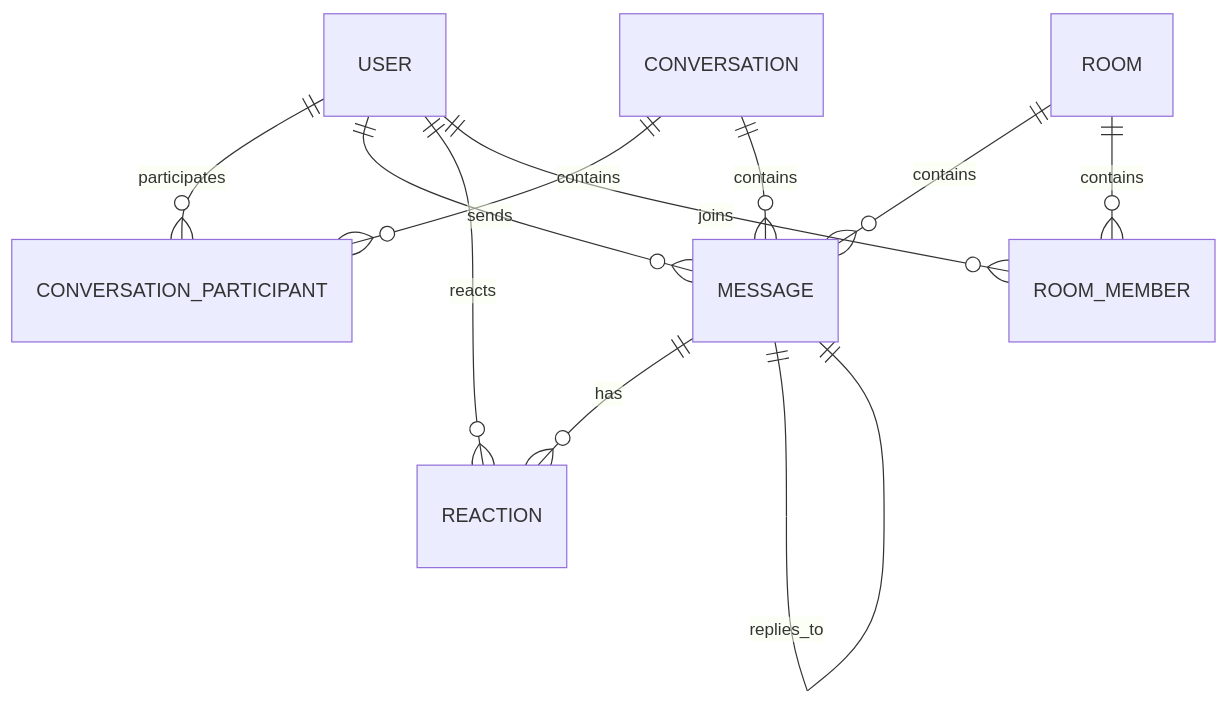
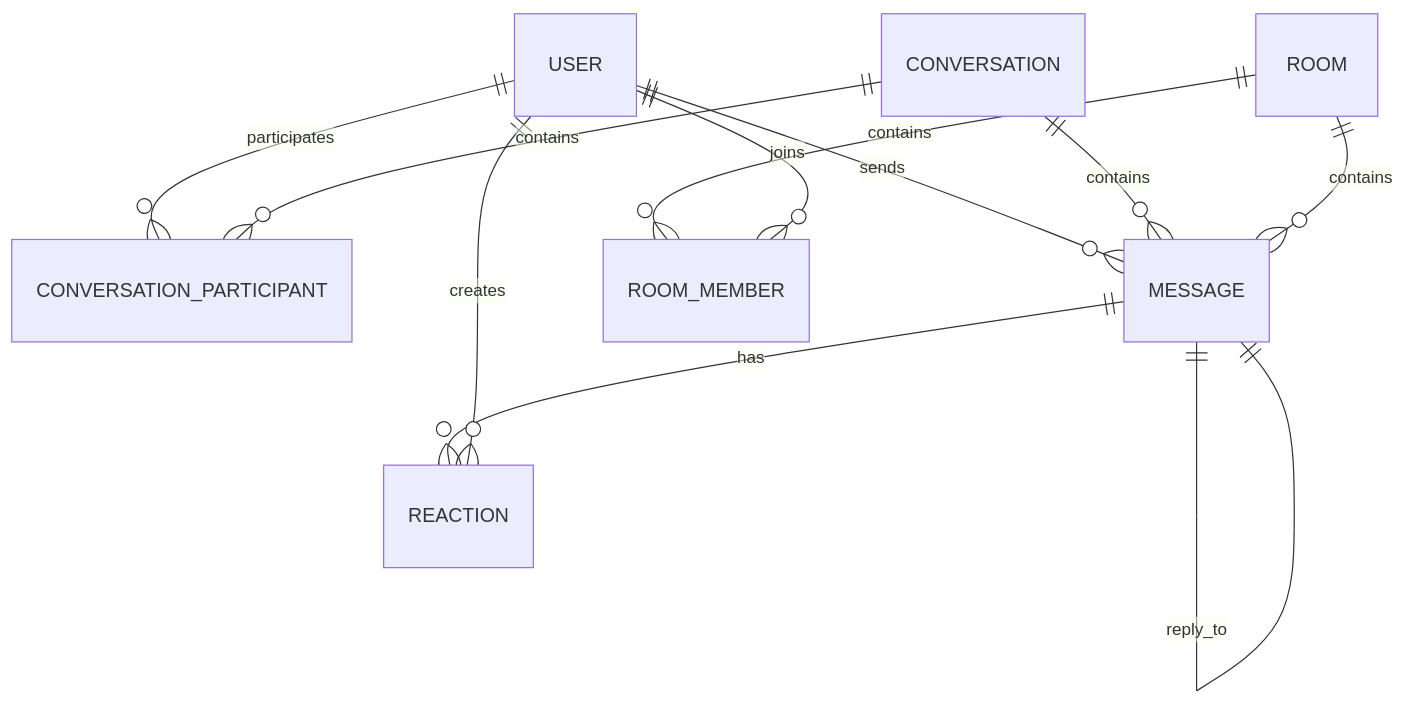
One commit to Pranai07/PRODIGY_FS_04 changed the diagram in client/README.md. Above: the diagram before and after it, drawn with Mermaid. The commit also changed other lines of this file, not shown here.

````diff
--- a/client/README.md
+++ b/client/README.md
@@ -340,18 +588,19 @@
 ```mermaid
 erDiagram
 
 USER ||--o{ CONVERSATION_PARTICIPANT : participates
 CONVERSATION ||--o{ CONVERSATION_PARTICIPANT : contains
 
 USER ||--o{ MESSAGE : sends
 CONVERSATION ||--o{ MESSAGE : contains
-ROOM ||--o{ MESSAGE : contains
-
-MESSAGE ||--o{ REACTION : has
-USER ||--o{ REACTION : reacts
 
 ROOM ||--o{ ROOM_MEMBER : contains
 USER ||--o{ ROOM_MEMBER : joins
 
-MESSAGE ||--|| MESSAGE : replies_to
+ROOM ||--o{ MESSAGE : contains
+
+MESSAGE ||--o{ REACTION : has
+USER ||--o{ REACTION : creates
+
+MESSAGE ||--|| MESSAGE : reply_to
 ```
````
